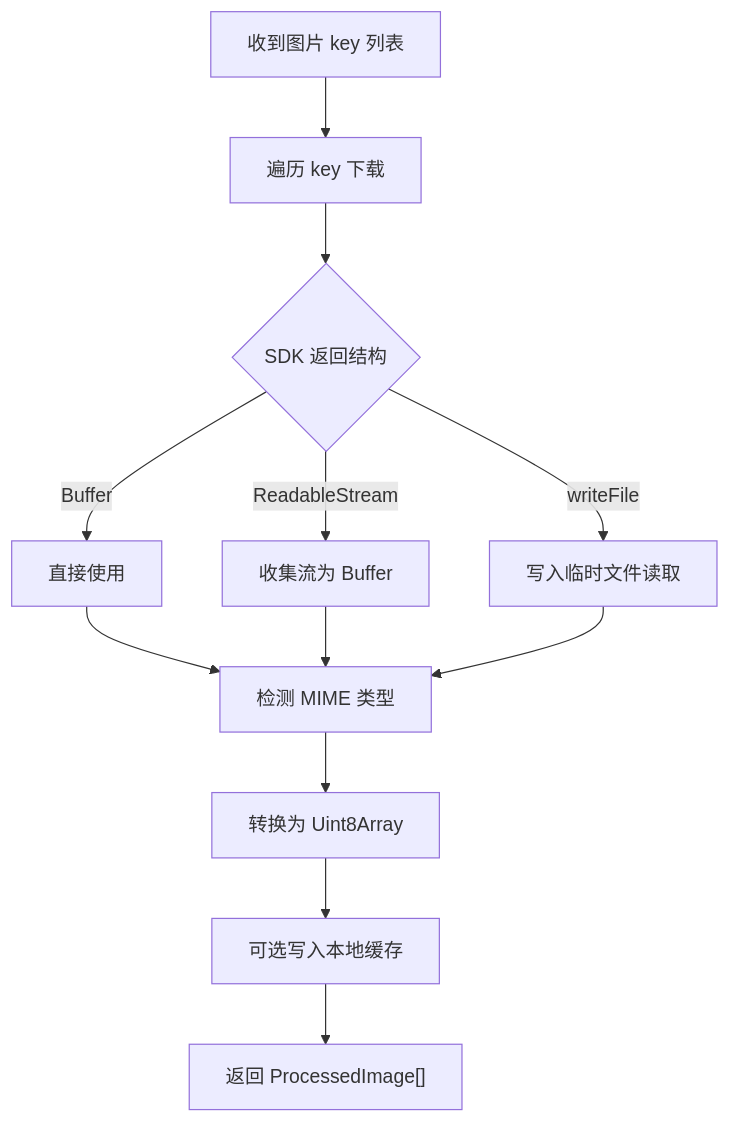
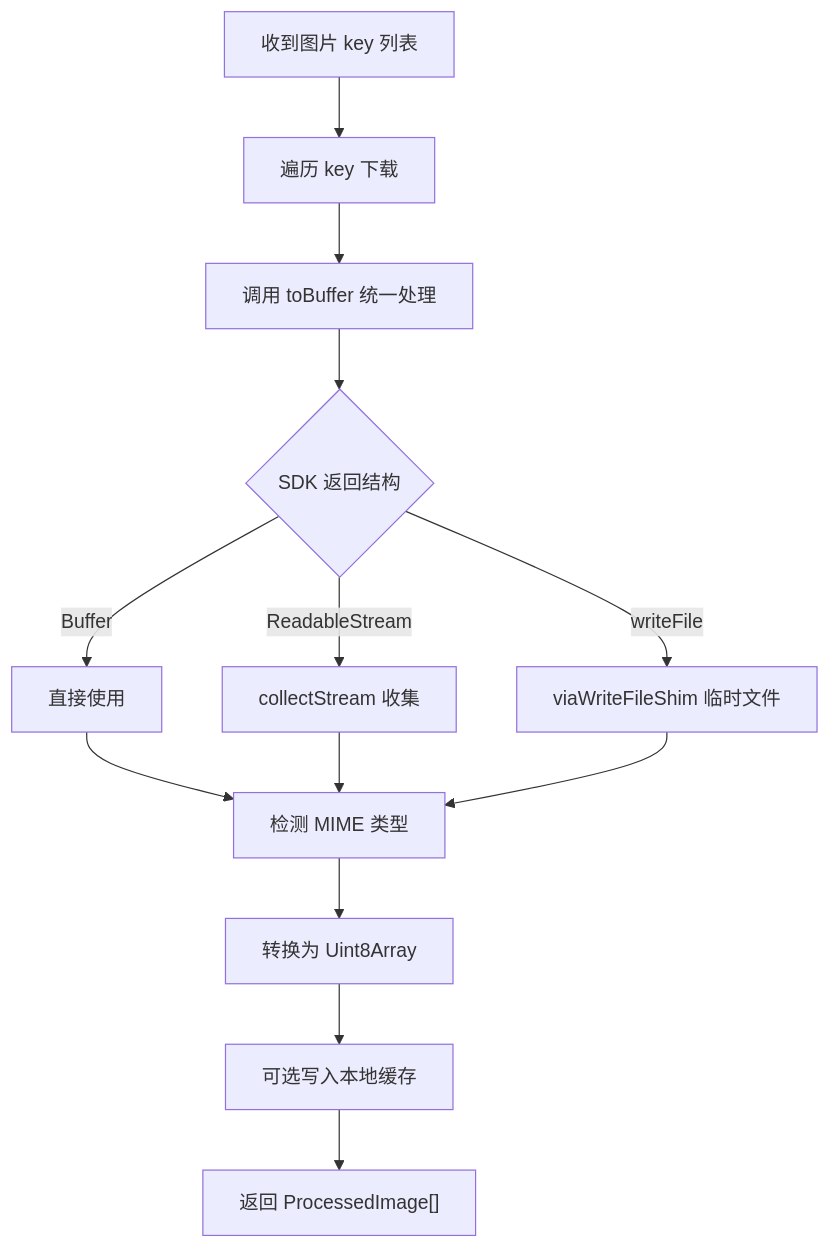
Before and after one commit to HeXiaoShu520/feishu-pi: the eighth of 11 diagrams in .qoder/repowiki/zh/content/飞书集成/飞书集成.md, drawn with Mermaid. The commit also changed other lines of this file and 47 other files, not shown here.

````diff
--- a/.qoder/repowiki/zh/content/飞书集成/飞书集成.md
+++ b/.qoder/repowiki/zh/content/飞书集成/飞书集成.md
@@ -271,14 +454,15 @@
 ```mermaid
 flowchart TD
 A["收到图片 key 列表"] --> B["遍历 key 下载"]
-B --> C{"SDK 返回结构"}
-C --> |Buffer| D["直接使用"]
-C --> |ReadableStream| E["收集流为 Buffer"]
-C --> |writeFile| F["写入临时文件读取"]
-D --> G["检测 MIME 类型"]
-E --> G
-F --> G
-G --> H["转换为 Uint8Array"]
-H --> I["可选写入本地缓存"]
-I --> J["返回 ProcessedImage[]"]
+B --> C["调用 toBuffer 统一处理"]
+C --> D{"SDK 返回结构"}
+D --> |Buffer| E["直接使用"]
+D --> |ReadableStream| F["collectStream 收集"]
+D --> |writeFile| G["viaWriteFileShim 临时文件"]
+E --> H["检测 MIME 类型"]
+F --> H
+G --> H
+H --> I["转换为 Uint8Array"]
+I --> J["可选写入本地缓存"]
+J --> K["返回 ProcessedImage[]"]
 ```
````
